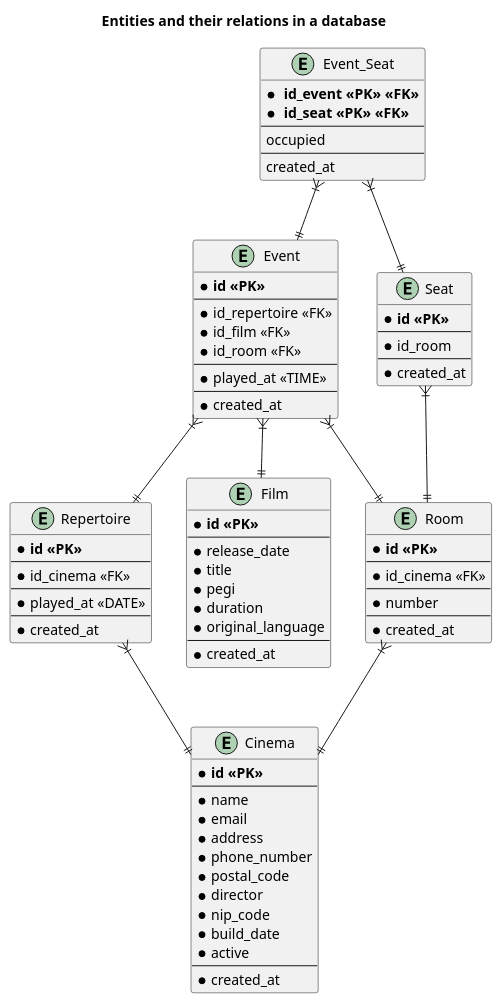
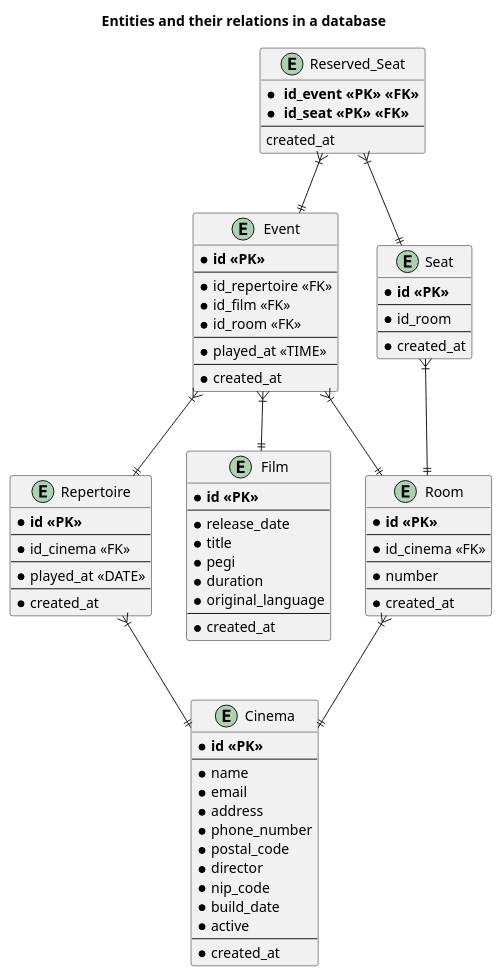
One commit to Matiar15/cinema-gateway changed the diagram in documentation/database/db_relations.puml. Above: the diagram before and after it, drawn with PlantUML. The commit also changed 41 other files, not shown here.

Commit message:
CINEMA_APP_4-Event-Seat - Refactor of event, added new table - reserved seat for event reservations. Corrected tests because of new functionalities, reserved seat tests WIP

```diff
--- a/documentation/database/db_relations.puml
+++ b/documentation/database/db_relations.puml
@@ -1,93 +1,91 @@
 @startuml
 title Entities and their relations in a database
 
 entity Cinema {
     * **id <<PK>>**
     --
     * name
     * email
     * address
     * phone_number
     * postal_code
     * director
     * nip_code
     * build_date
     * active
     --
     * created_at
 }
 
 entity Repertoire {
     * **id <<PK>>**
     --
     * id_cinema <<FK>>
     --
     * played_at <<DATE>>
     --
     * created_at
 }
 
 entity Film {
     * **id <<PK>>**
     --
     * release_date
     * title
     * pegi
     * duration
     * original_language
     --
     * created_at
 }
 
 entity Event {
     * **id <<PK>>**
     --
     * id_repertoire <<FK>>
     * id_film <<FK>>
     * id_room <<FK>>
     --
     * played_at <<TIME>>
     --
     * created_at
 }
 
-entity Event_Seat {
+entity Reserved_Seat {
     * ** id_event <<PK>> <<FK>>**
     * ** id_seat <<PK>> <<FK>>**
-    --
-    occupied
     --
     created_at
 }
 
 entity Room {
     * **id <<PK>>**
     --
     * id_cinema <<FK>>
     --
     * number
     --
     * created_at
 }
 entity Seat {
     * **id <<PK>>**
     --
     * id_room
     --
     * created_at
 }
 
 
 Repertoire      }|--|| Cinema
 
 Event }|--|| Film
 Event }|--|| Repertoire
 Event }|--|| Room
 
 Seat            }|--|| Room
 Room            }|--|| Cinema
 
 
-Event_Seat }|--|| Seat
-Event_Seat }|--|| Event
+Reserved_Seat }|--|| Seat
+Reserved_Seat }|--|| Event
 @enduml
```
